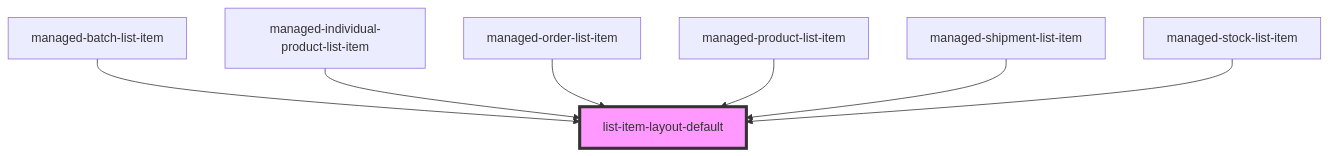
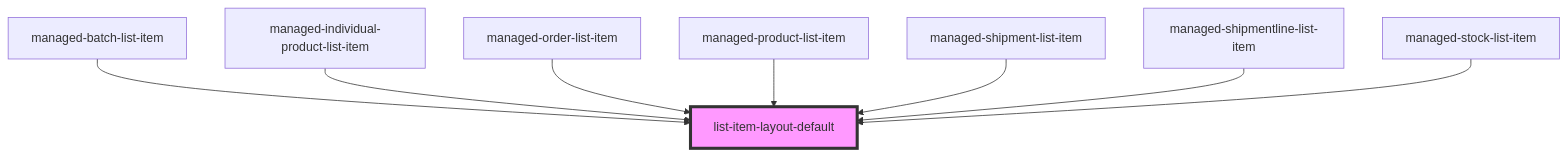
One commit to PharmaLedger-IMI/fgt-workspace changed the diagram in pdm-web-components/src/components/list-item-layout-default/readme.md. Above: the diagram before and after it, drawn with Mermaid. The commit also changed other lines of this file and 3 other files, not shown here.

````diff
--- a/pdm-web-components/src/components/list-item-layout-default/readme.md
+++ b/pdm-web-components/src/components/list-item-layout-default/readme.md
@@ -31,10 +32,11 @@
 ```mermaid
 graph TD;
   managed-batch-list-item --> list-item-layout-default
   managed-individual-product-list-item --> list-item-layout-default
   managed-order-list-item --> list-item-layout-default
   managed-product-list-item --> list-item-layout-default
   managed-shipment-list-item --> list-item-layout-default
+  managed-shipmentline-list-item --> list-item-layout-default
   managed-stock-list-item --> list-item-layout-default
   style list-item-layout-default fill:#f9f,stroke:#333,stroke-width:4px
 ```
````
